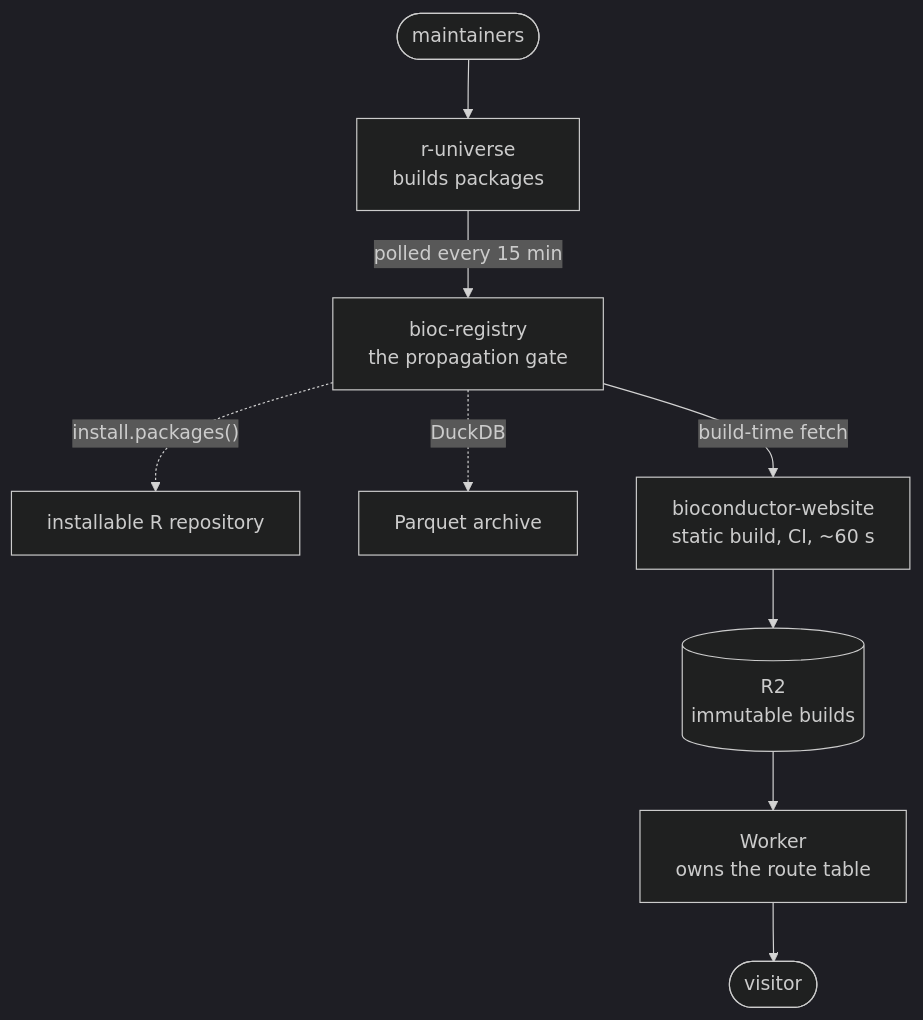
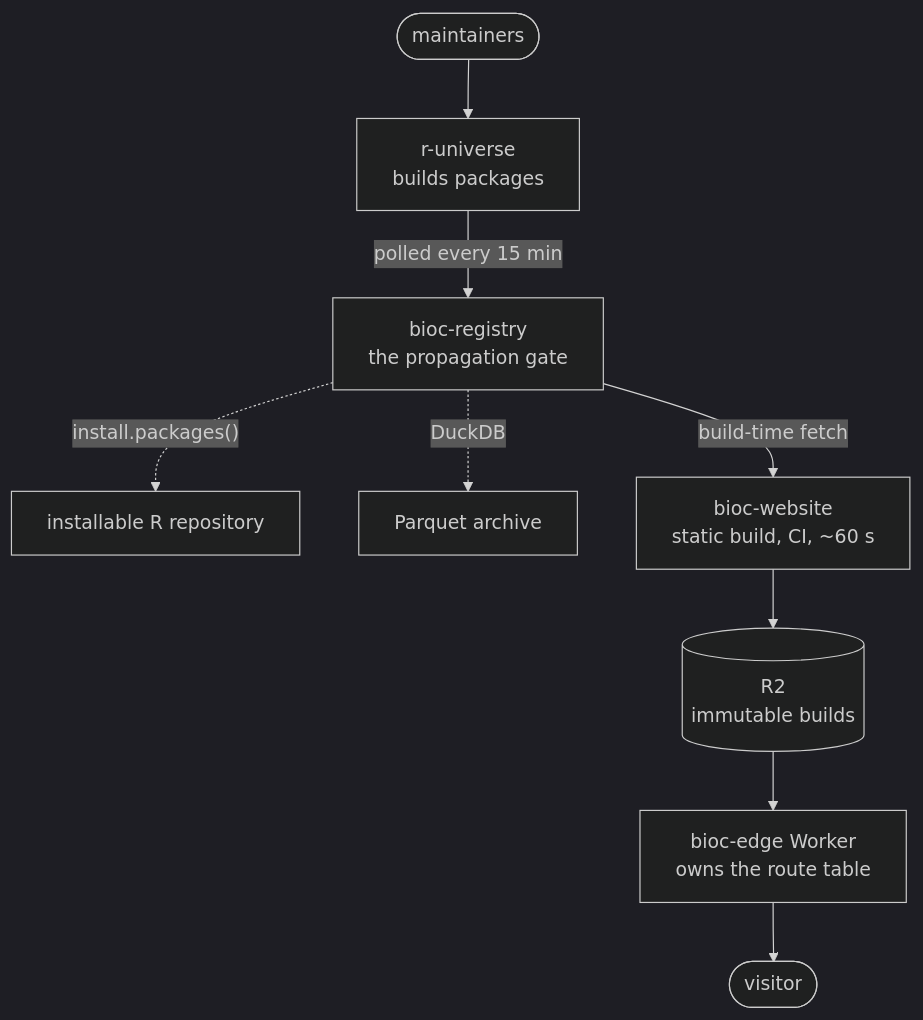
One commit to seandavi/bioc-infrastructure changed the diagram in index.qmd. Above: the diagram before and after it, drawn with Mermaid (dark theme). The commit also changed other lines of this file and 9 other files, not shown here.

````diff
--- a/index.qmd
+++ b/index.qmd
@@ -32,11 +52,11 @@
 ```{mermaid}
 flowchart TB
   m(["maintainers"]) --> ru["r-universe<br/>builds packages"]
   ru -- "polled every 15 min" --> reg["bioc-registry<br/>the propagation gate"]
   reg -. "install.packages()" .-> cran["installable R repository"]
   reg -. "DuckDB" .-> pq["Parquet archive"]
-  reg -- "build-time fetch" --> site["bioconductor-website<br/>static build, CI, ~60 s"]
+  reg -- "build-time fetch" --> site["bioc-website<br/>static build, CI, ~60 s"]
   site --> r2[("R2<br/>immutable builds")]
-  r2 --> wk["Worker<br/>owns the route table"]
+  r2 --> wk["bioc-edge Worker<br/>owns the route table"]
   wk --> v(["visitor"])
 ```
````
